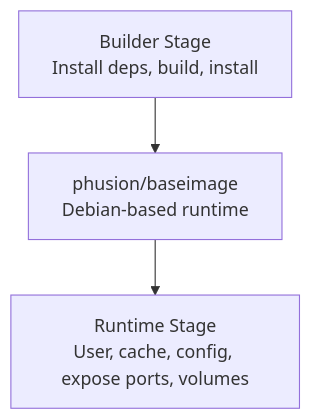
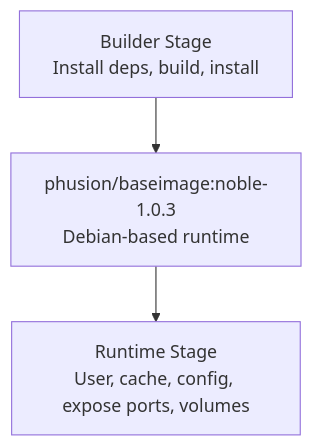
Before and after one commit to VIZ-Blockchain/viz-cpp-node: the second of 4 diagrams in .qoder/repowiki/en/content/Configuration Management/Docker Configuration.md, drawn with Mermaid. The commit also changed other lines of this file and 3 other files, not shown here.

````diff
--- a/.qoder/repowiki/en/content/Configuration Management/Docker Configuration.md
+++ b/.qoder/repowiki/en/content/Configuration Management/Docker Configuration.md
@@ -105,8 +113,8 @@
 ```mermaid
 graph TB
-Base["phusion/baseimage<br/>Debian-based runtime"]
+Base["phusion/baseimage:noble-1.0.3<br/>Debian-based runtime"]
 Builder["Builder Stage<br/>Install deps, build, install"]
 Runtime["Runtime Stage<br/>User, cache, config, expose ports, volumes"]
 Builder --> Base
 Base --> Runtime
 ```
````
